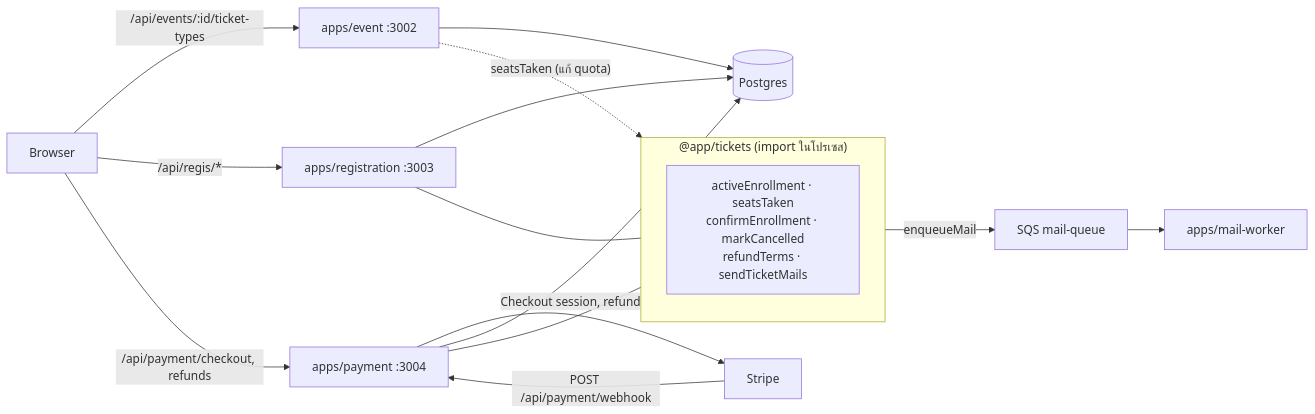
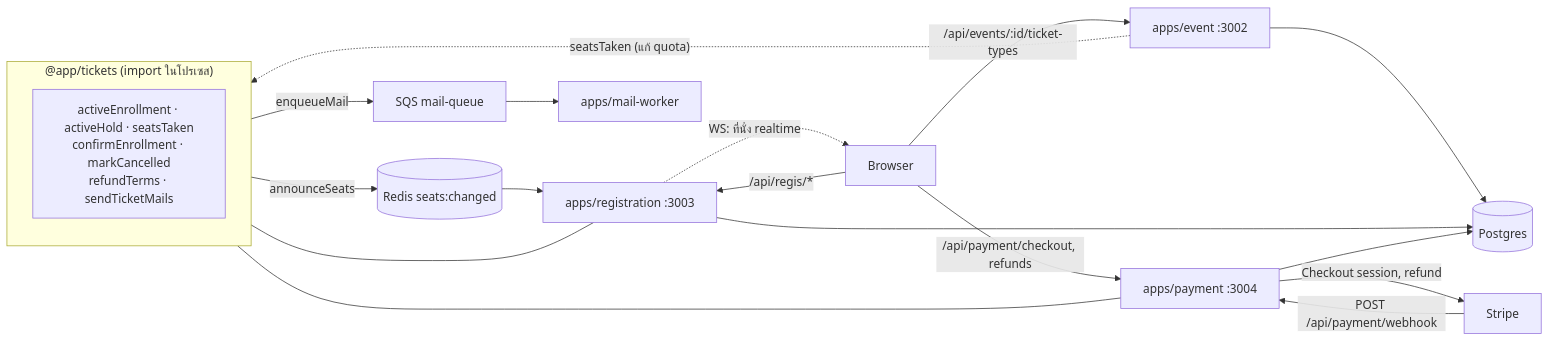
The first of 6 diagrams in docs/tickets.md (Phoz07/Cloud_Computing2026-Project), drawn with Mermaid before and after one commit. The commit also changed other lines of this file and 41 other files, not shown here.

````diff
--- a/docs/tickets.md
+++ b/docs/tickets.md
@@ -28,20 +28,22 @@
 ```mermaid
 flowchart LR
   B["Browser"] -->|"/api/events/:id/ticket-types"| E["apps/event :3002"]
   B -->|"/api/regis/*"| R["apps/registration :3003"]
+  R -.->|"WS: ที่นั่ง realtime"| B
   B -->|"/api/payment/checkout, refunds"| P["apps/payment :3004"]
   S["Stripe"] -->|"POST /api/payment/webhook"| P
   P -->|"Checkout session, refund"| S
 
   subgraph lib ["@app/tickets (import ในโปรเซส)"]
-    T["activeEnrollment · seatsTaken<br/>confirmEnrollment · markCancelled<br/>refundTerms · sendTicketMails"]
+    T["activeEnrollment · activeHold · seatsTaken<br/>confirmEnrollment · markCancelled<br/>refundTerms · sendTicketMails"]
   end
   R --- lib
   P --- lib
   E -.->|"seatsTaken (แก้ quota)"| lib
 
   E --> DB[("Postgres")]
   R --> DB
   P --> DB
   lib -->|"enqueueMail"| Q["SQS mail-queue"] --> W["apps/mail-worker"]
+  lib -->|"announceSeats"| RD[("Redis seats:changed")] --> R
 ```
````
